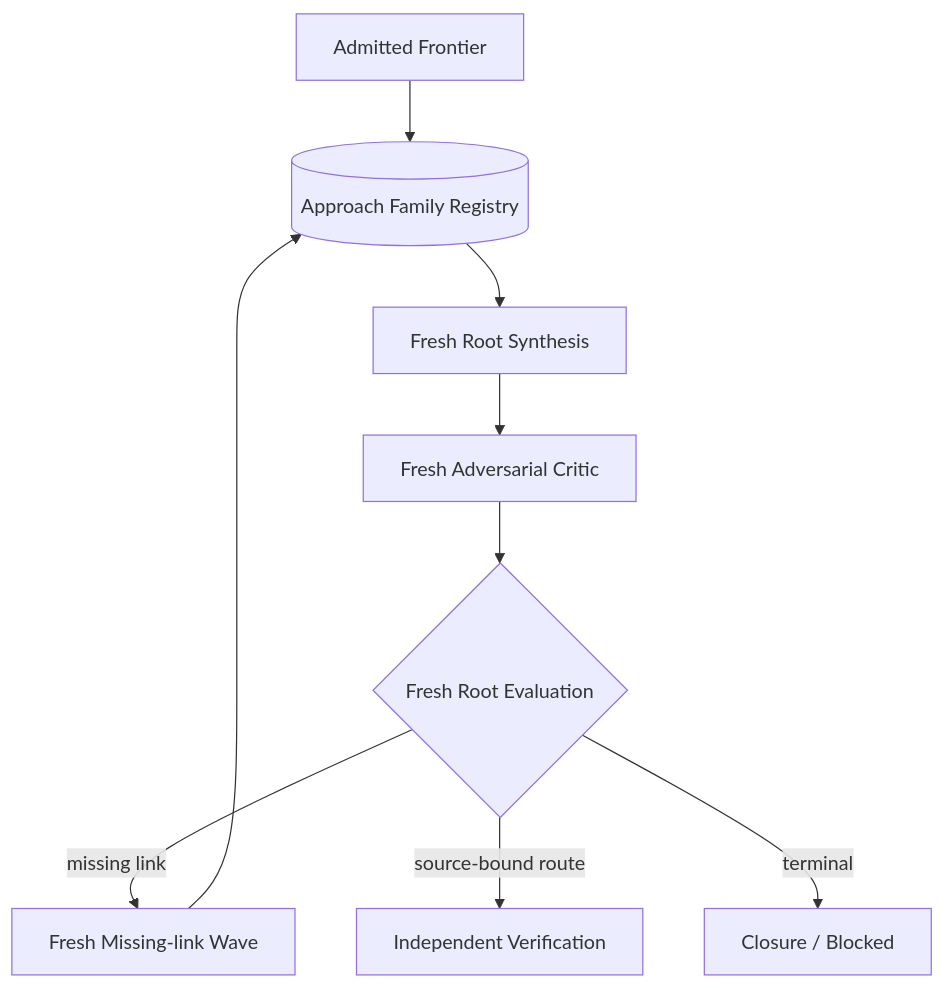
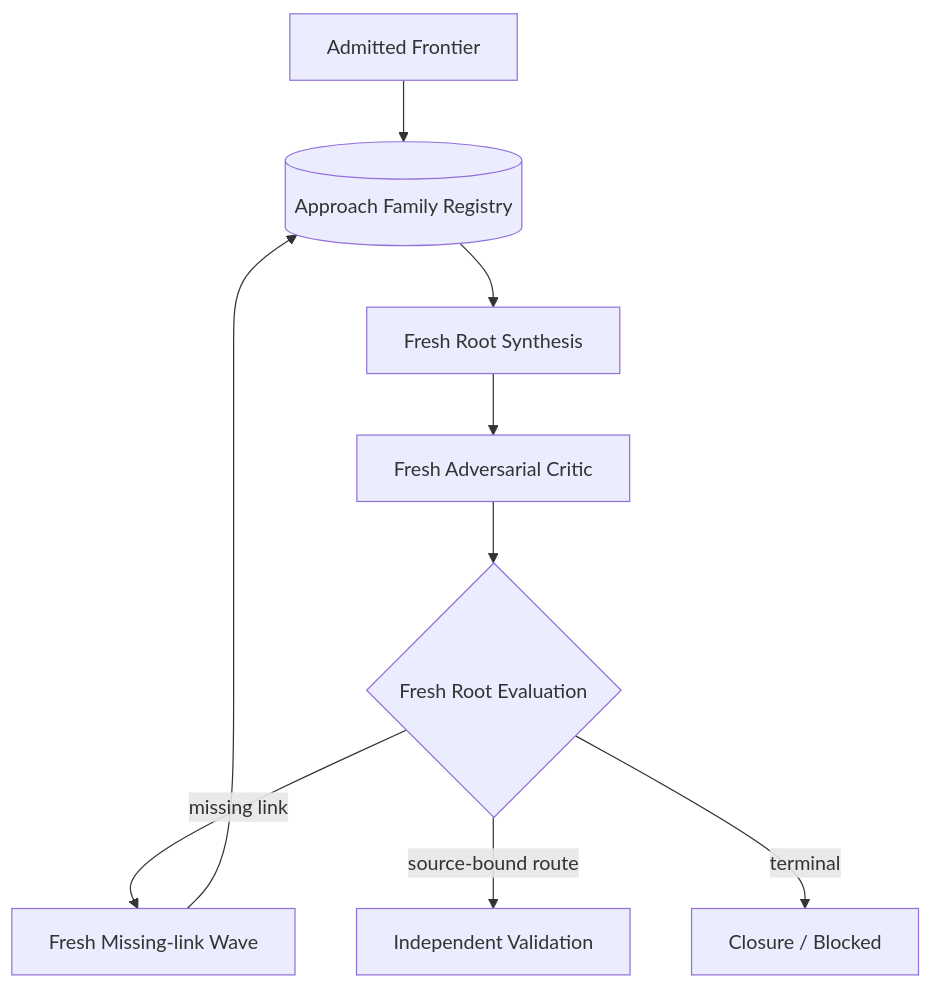
One commit to momoponwork1415-lgtm/wordpress-harness changed the second of 2 diagrams in docs/design/exploration-seam.md. Above: the diagram before and after it, drawn with Mermaid. The commit also changed other lines of this file and 25 other files, not shown here.

Commit message:
Define source validation and human verification

````diff
--- a/docs/design/exploration-seam.md
+++ b/docs/design/exploration-seam.md
@@ -170,7 +176,7 @@
 ```mermaid
 flowchart TB
     frontier["Admitted Frontier"] --> registry[("Approach Family Registry")] --> synthesis["Fresh Root Synthesis"] --> critic["Fresh Adversarial Critic"] --> decision{"Fresh Root Evaluation"}
     decision -->|"missing link"| next["Fresh Missing-link Wave"] --> registry
-    decision -->|"source-bound route"| verify["Independent Verification"]
+    decision -->|"source-bound route"| validation["Independent Validation"]
     decision -->|"terminal"| stop["Closure / Blocked"]
 ```
````
